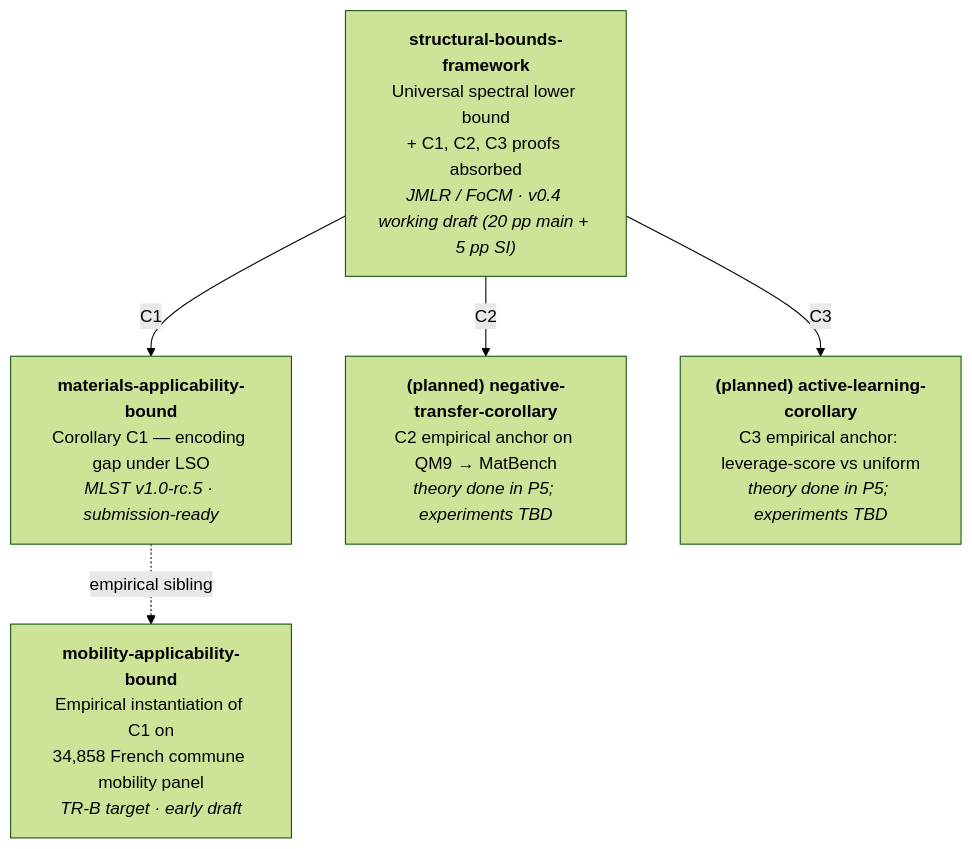
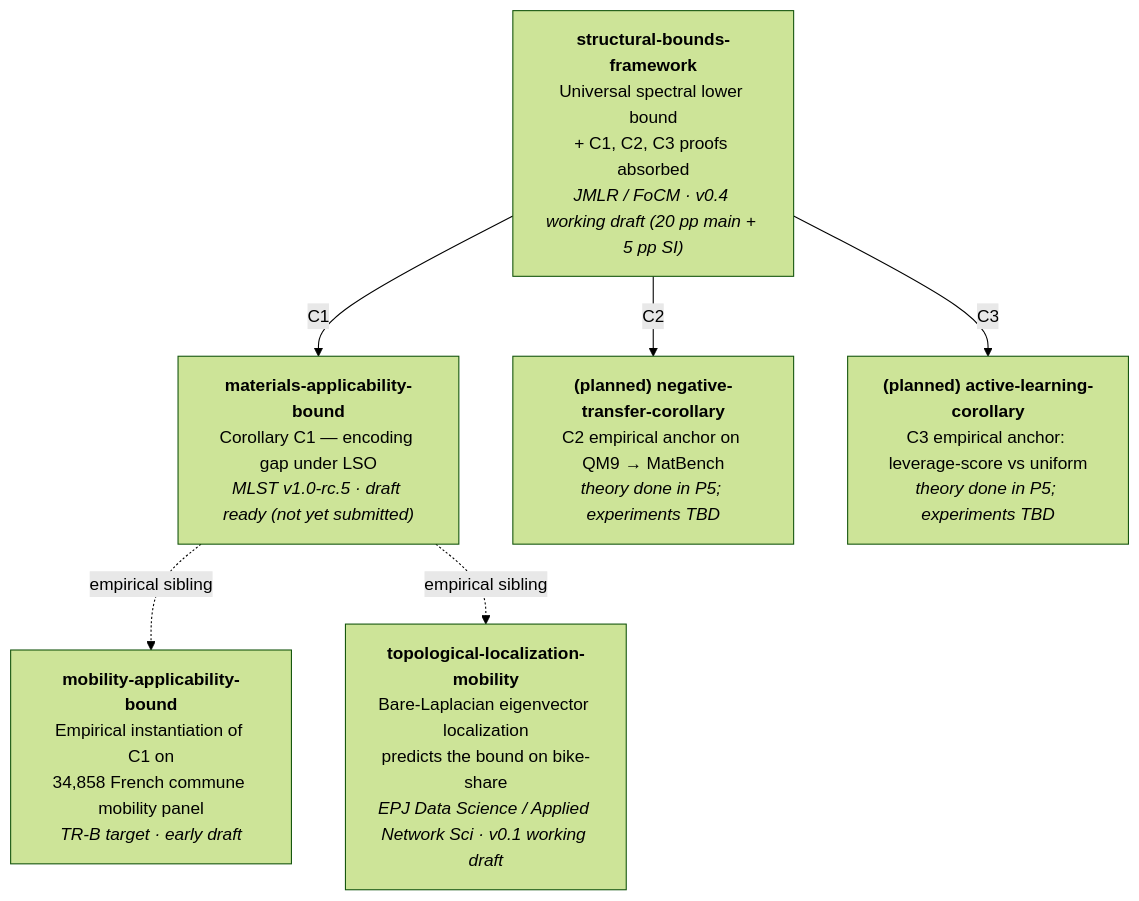
One commit to cycling-data-lab/.github changed the first of 2 diagrams in profile/README.md. Above: the diagram before and after it, drawn with Mermaid (forest theme). The commit also changed other lines of this file, not shown here.

First line of the commit message:
Update org README: add topological-localization-mobility; prudent submission roadmap

````diff
--- a/profile/README.md
+++ b/profile/README.md
@@ -21,13 +21,15 @@
 ```mermaid
 flowchart TD
     P5["<b>structural-bounds-framework</b><br/>Universal spectral lower bound<br/>+ C1, C2, C3 proofs absorbed<br/><i>JMLR / FoCM · v0.4 working draft (20 pp main + 5 pp SI)</i>"]
-    P1["<b>materials-applicability-bound</b><br/>Corollary C1 — encoding gap under LSO<br/><i>MLST v1.0-rc.5 · submission-ready</i>"]
+    P1["<b>materials-applicability-bound</b><br/>Corollary C1 — encoding gap under LSO<br/><i>MLST v1.0-rc.5 · draft ready (not yet submitted)</i>"]
     P4["<b>mobility-applicability-bound</b><br/>Empirical instantiation of C1 on<br/>34,858 French commune mobility panel<br/><i>TR-B target · early draft</i>"]
+    P6["<b>topological-localization-mobility</b><br/>Bare-Laplacian eigenvector localization<br/>predicts the bound on bike-share<br/><i>EPJ Data Science / Applied Network Sci · v0.1 working draft</i>"]
     P2["<b>(planned) negative-transfer-corollary</b><br/>C2 empirical anchor on QM9 → MatBench<br/><i>theory done in P5; experiments TBD</i>"]
     P3["<b>(planned) active-learning-corollary</b><br/>C3 empirical anchor: leverage-score vs uniform<br/><i>theory done in P5; experiments TBD</i>"]
 
     P5 -->|C1| P1
     P5 -->|C2| P2
     P5 -->|C3| P3
     P1 -.->|empirical sibling| P4
+    P1 -.->|empirical sibling| P6
 ```
````
